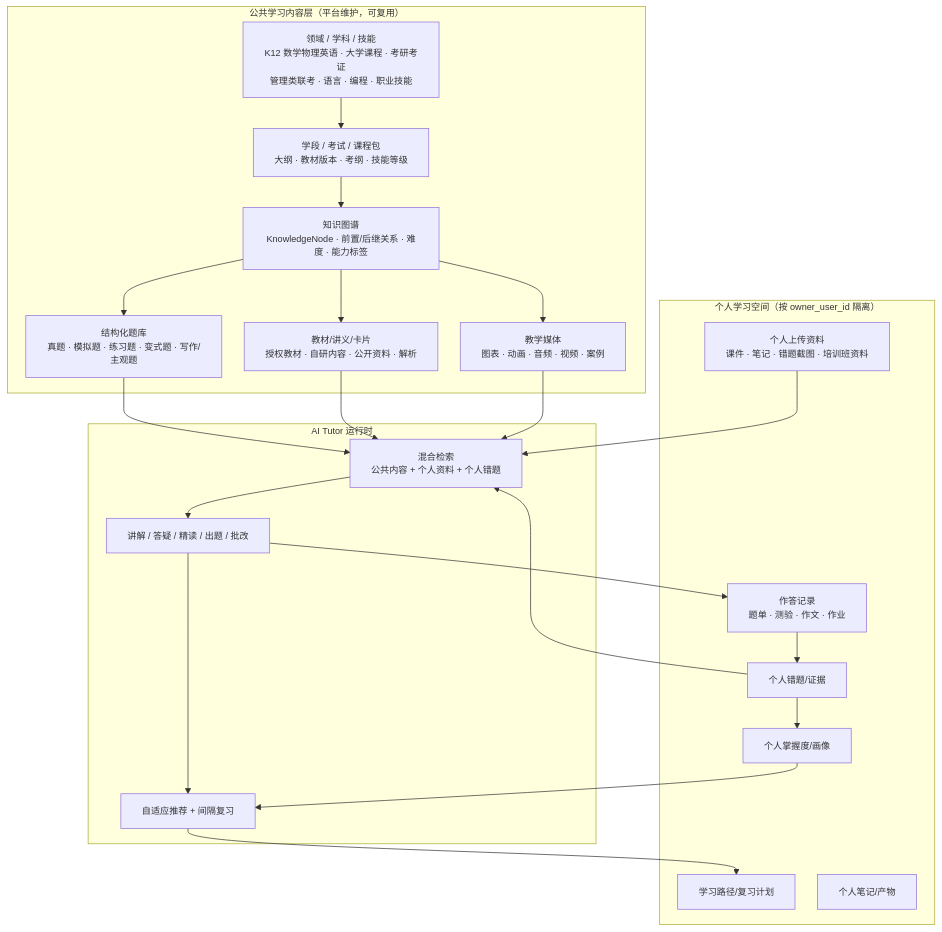
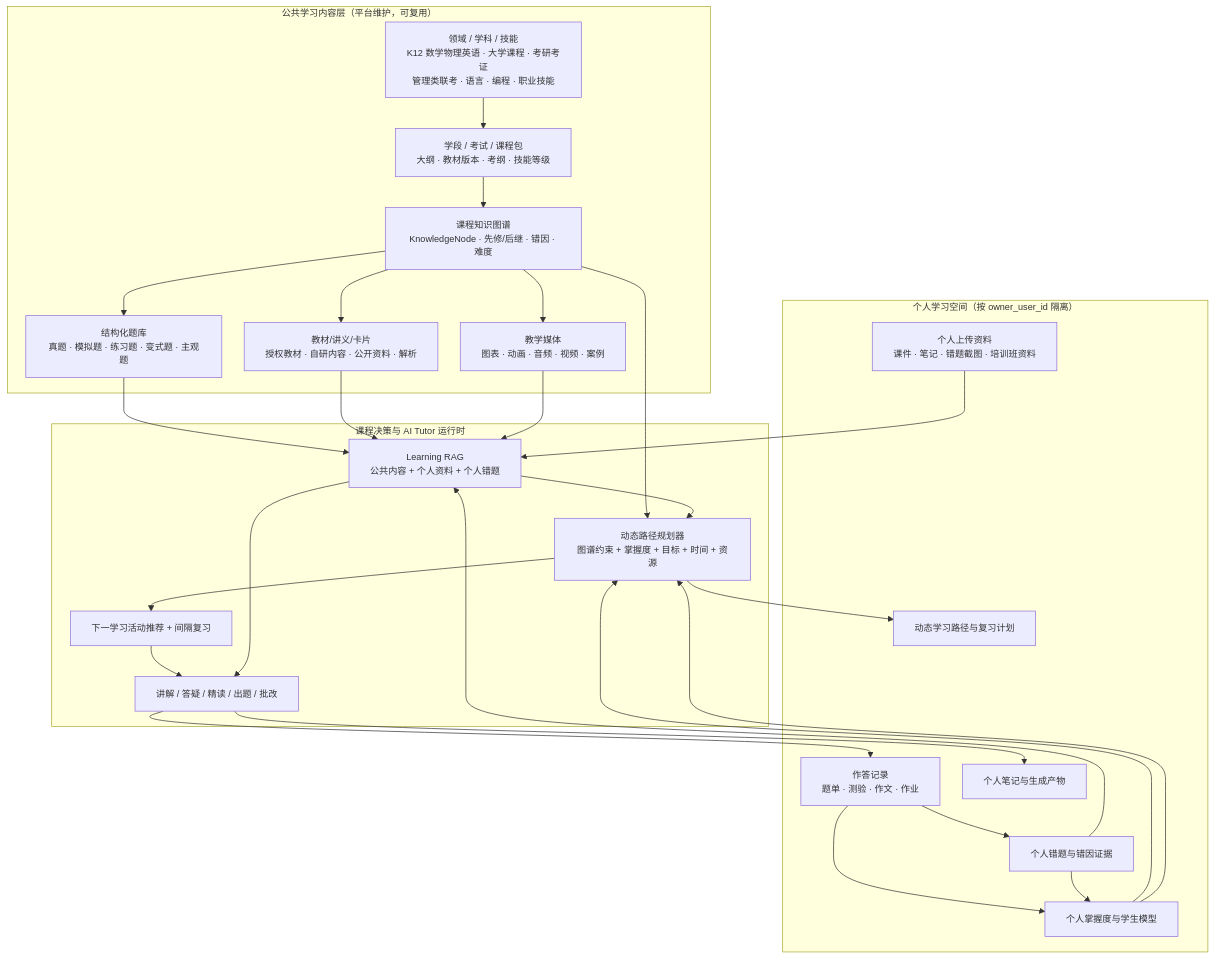
The diagram in docs-for-dev/网站学习平台-共享内容与多学习包架构.md (flyingsnowzz/DeepTutor), drawn with Mermaid before and after one commit. The commit also changed other lines of this file and 5 other files, not shown here.

````diff
--- a/docs-for-dev/网站学习平台-共享内容与多学习包架构.md
+++ b/docs-for-dev/网站学习平台-共享内容与多学习包架构.md
@@ -25,43 +40,50 @@
 ```mermaid
 %%{init: {"flowchart": {"wrappingWidth": 220, "nodeSpacing": 32, "rankSpacing": 44}, "themeVariables": {"fontSize": "13px"}}}%%
 flowchart TB
     subgraph CATALOG["公共学习内容层（平台维护，可复用）"]
         DOMAIN["领域 / 学科 / 技能<br/>K12 数学物理英语 · 大学课程 · 考研考证<br/>管理类联考 · 语言 · 编程 · 职业技能"]
         EXAM["学段 / 考试 / 课程包<br/>大纲 · 教材版本 · 考纲 · 技能等级"]
-        GRAPH["知识图谱<br/>KnowledgeNode · 前置/后继关系 · 难度 · 能力标签"]
+        GRAPH["课程知识图谱<br/>KnowledgeNode · 先修/后继 · 错因 · 难度"]
         MATERIAL["教材/讲义/卡片<br/>授权教材 · 自研内容 · 公开资料 · 解析"]
-        QBANK["结构化题库<br/>真题 · 模拟题 · 练习题 · 变式题 · 写作/主观题"]
+        QBANK["结构化题库<br/>真题 · 模拟题 · 练习题 · 变式题 · 主观题"]
         MEDIA["教学媒体<br/>图表 · 动画 · 音频 · 视频 · 案例"]
     end
 
     subgraph PRIVATE["个人学习空间（按 owner_user_id 隔离）"]
         UPLOAD["个人上传资料<br/>课件 · 笔记 · 错题截图 · 培训班资料"]
         ATTEMPT["作答记录<br/>题单 · 测验 · 作文 · 作业"]
-        WRONG["个人错题/证据"]
-        MASTERY["个人掌握度/画像"]
-        PLAN["学习路径/复习计划"]
-        NOTES["个人笔记/产物"]
+        WRONG["个人错题与错因证据"]
+        MASTERY["个人掌握度与学生模型"]
+        PLAN["动态学习路径与复习计划"]
+        NOTES["个人笔记与生成产物"]
     end
 
-    subgraph RUNTIME["AI Tutor 运行时"]
-        RETRIEVAL["混合检索<br/>公共内容 + 个人资料 + 个人错题"]
+    subgraph RUNTIME["课程决策与 AI Tutor 运行时"]
+        RETRIEVAL["Learning RAG<br/>公共内容 + 个人资料 + 个人错题"]
+        PLANNER["动态路径规划器<br/>图谱约束 + 掌握度 + 目标 + 时间 + 资源"]
         TUTOR["讲解 / 答疑 / 精读 / 出题 / 批改"]
-        SCHED["自适应推荐 + 间隔复习"]
+        SCHED["下一学习活动推荐 + 间隔复习"]
     end
 
     DOMAIN --> EXAM --> GRAPH
     GRAPH --> MATERIAL
     GRAPH --> QBANK
     GRAPH --> MEDIA
     QBANK --> RETRIEVAL
     MATERIAL --> RETRIEVAL
     MEDIA --> RETRIEVAL
     UPLOAD --> RETRIEVAL
     WRONG --> RETRIEVAL
-    RETRIEVAL --> TUTOR --> SCHED
-    MASTERY --> SCHED
-    SCHED --> PLAN
+    GRAPH --> PLANNER
+    MASTERY --> PLANNER
+    RETRIEVAL --> PLANNER
+    PLANNER --> PLAN
+    PLANNER --> SCHED --> TUTOR
+    RETRIEVAL --> TUTOR
     TUTOR --> ATTEMPT
     ATTEMPT --> WRONG
+    ATTEMPT --> MASTERY
     WRONG --> MASTERY
+    MASTERY --> PLANNER
+    TUTOR --> NOTES
 ```
````
